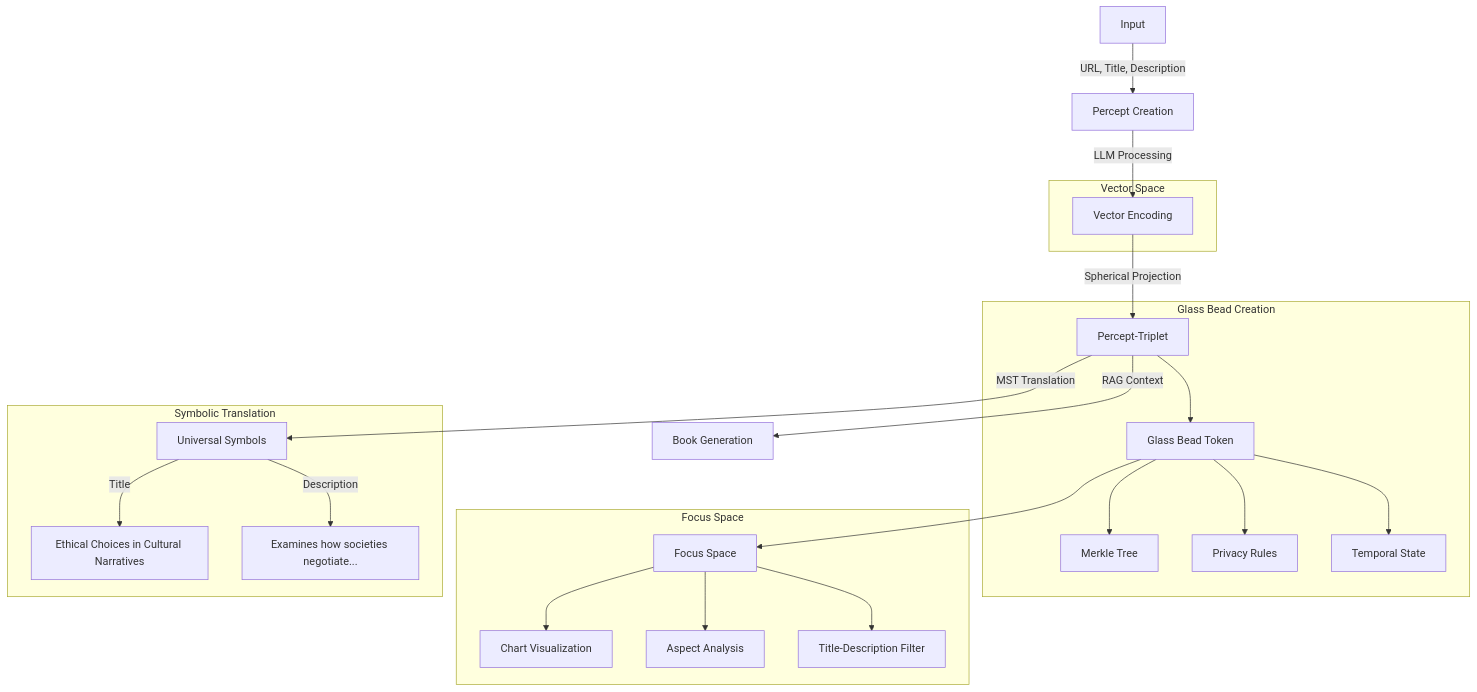
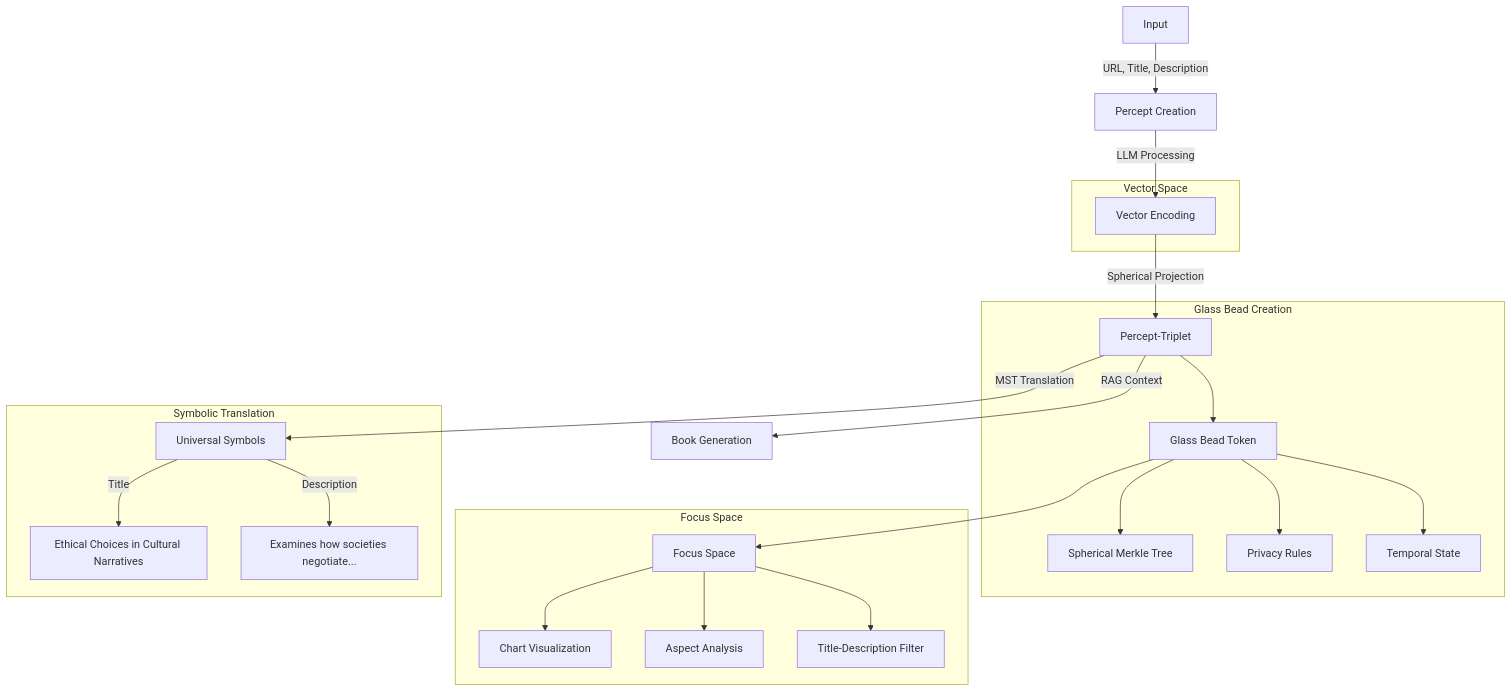
Before and after one commit to heavyblotto/memorativa: the diagram in docs/2. the cybernetic system/memorativa-2-8-example-encoding.md, drawn with Mermaid. The commit also changed other lines of this file and 71 other files, not shown here.

````diff
--- a/docs/2. the cybernetic system/memorativa-2-8-example-encoding.md
+++ b/docs/2. the cybernetic system/memorativa-2-8-example-encoding.md
@@ -48,32 +48,32 @@
 ```mermaid
 graph TD
     I[Input] --> |URL, Title, Description| P[Percept Creation]
     P --> |LLM Processing| V[Vector Encoding]
     V --> |Spherical Projection| T[Percept-Triplet]
     T --> |MST Translation| U[Universal Symbols]
     T --> |RAG Context| B[Book Generation]
     
     subgraph "Glass Bead Creation"
         T --> GB[Glass Bead Token]
-        GB --> MT[Merkle Tree]
+        GB --> SMT[Spherical Merkle Tree]
         GB --> PR[Privacy Rules]
         GB --> TS[Temporal State]
     end
     
     subgraph "Focus Space"
         GB --> FS[Focus Space]
         FS --> CH[Chart Visualization]
         FS --> AS[Aspect Analysis]
         FS --> TF[Title-Description Filter]
     end
     
     subgraph "Vector Space"
         V
         T
     end
     
     subgraph "Symbolic Translation"
         U --> |Title| T1["Ethical Choices in Cultural Narratives"]
         U --> |Description| D1["Examines how societies negotiate..."]
     end
 ```
````
